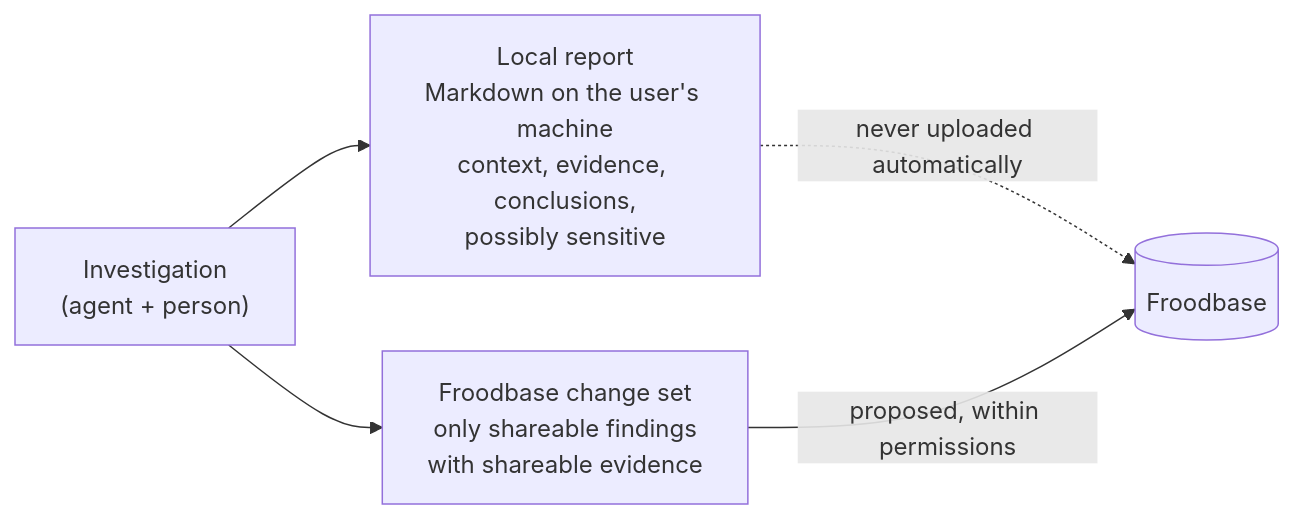
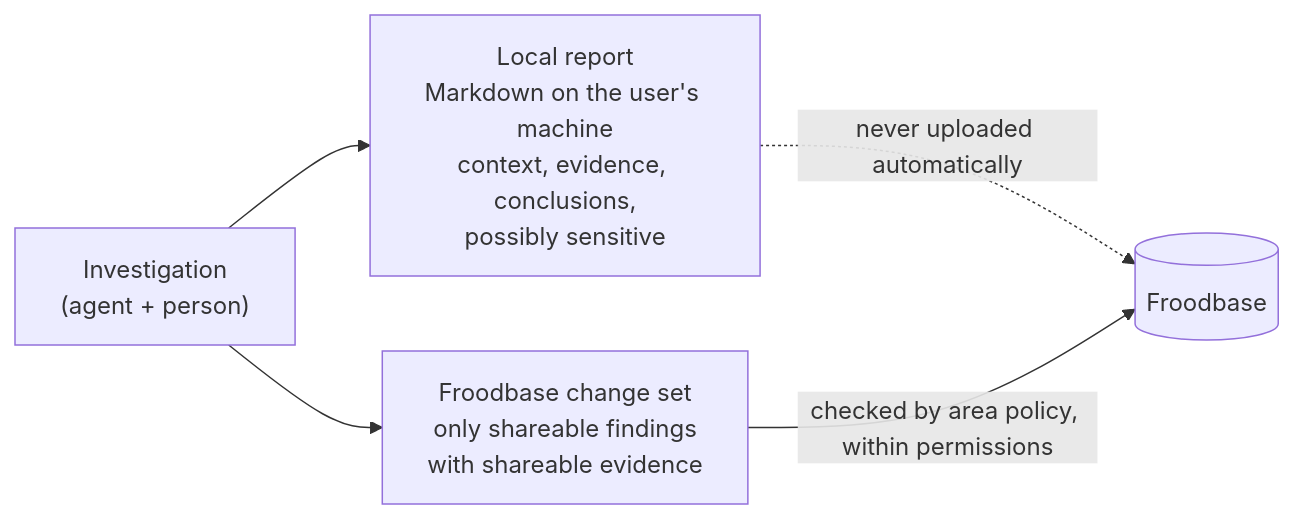
The eighth of 9 diagrams in docs/planning/05-how-froodbase-works.md (rztaylor/Froodbase), drawn with Mermaid before and after one commit. The commit also changed other lines of this file and 11 other files, not shown here.

````diff
--- a/docs/planning/05-how-froodbase-works.md
+++ b/docs/planning/05-how-froodbase-works.md
@@ -318,7 +320,7 @@
 ```mermaid
 flowchart LR
     I["Investigation<br/>(agent + person)"] --> RPT["Local report<br/>Markdown on the user's machine<br/>context, evidence, conclusions,<br/>possibly sensitive"]
     I --> CS["Froodbase change set<br/>only shareable findings<br/>with shareable evidence"]
     RPT -. "never uploaded automatically" .-> B[("Froodbase")]
-    CS -- "proposed, within permissions" --> B
+    CS -- "checked by area policy, within permissions" --> B
 ```
````
